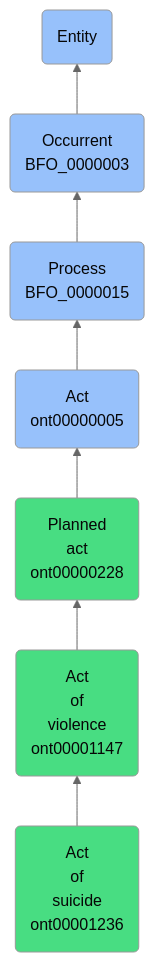
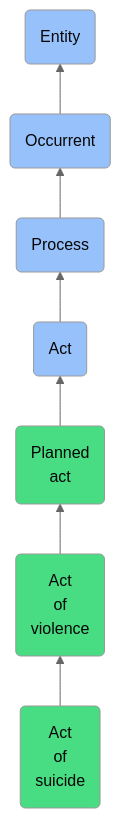
One commit to jupyter-naas/abi changed the diagram in docs/ontology/reference/model/Entity/Occurrent/Process/Act/Planned act/Act of violence/Act of suicide/Act of suicide.md. Above: the diagram before and after it, drawn with Mermaid (neutral theme). The commit also changed other lines of this file and 1430 other files, not shown here.

````diff
--- a/docs/ontology/reference/model/Entity/Occurrent/Process/Act/Planned act/Act of violence/Act of suicide/Act of suicide.md
+++ b/docs/ontology/reference/model/Entity/Occurrent/Process/Act/Planned act/Act of violence/Act of suicide/Act of suicide.md
@@ -24,14 +24,14 @@
 ```mermaid
 graph BT
-    ont00001236(Act<br>of<br>suicide<br>ont00001236):::ABI-->ont00001147
-    ont00001147(Act<br>of<br>violence<br>ont00001147):::ABI-->ont00000228
-    ont00000228(Planned<br>act<br>ont00000228):::ABI-->ont00000005
-    ont00000005(Act<br>ont00000005):::BFO-->BFO_0000015
-    BFO_0000015(Process<br>BFO_0000015):::BFO-->BFO_0000003
-    BFO_0000003(Occurrent<br>BFO_0000003):::BFO-->BFO_0000001
+    ont00001236(Act<br>of<br>suicide):::ABI-->ont00001147
+    ont00001147(Act<br>of<br>violence):::ABI-->ont00000228
+    ont00000228(Planned<br>act):::ABI-->ont00000005
+    ont00000005(Act):::BFO-->BFO_0000015
+    BFO_0000015(Process):::BFO-->BFO_0000003
+    BFO_0000003(Occurrent):::BFO-->BFO_0000001
     BFO_0000001(Entity):::BFO
     
     classDef BFO fill:#97c1fb,color:#060606
     classDef CCO fill:#e4c51e,color:#060606
     classDef ABI fill:#48DD82,color:#060606
 ```
````
